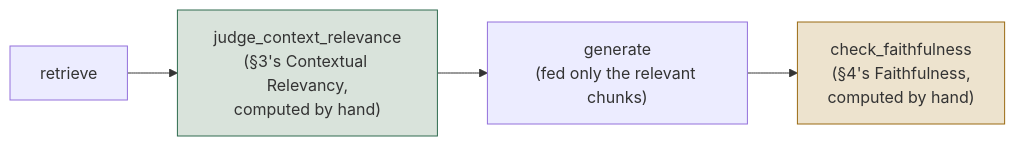
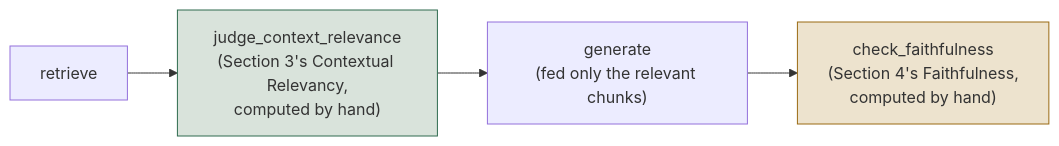
Before and after one commit to Sourav692/Agent_Evaluation_Demystified: the fifth of 6 diagrams in docs/roadmap-explainers/01-rag-retrieval-and-generation.md, drawn with Mermaid. The commit also changed other lines of this file and 1 other file, not shown here.

````diff
--- a/docs/roadmap-explainers/01-rag-retrieval-and-generation.md
+++ b/docs/roadmap-explainers/01-rag-retrieval-and-generation.md
@@ -510,9 +510,9 @@
 ```mermaid
 flowchart LR
-    RET["retrieve"] --> JCR["judge_context_relevance<br/>(§3's Contextual Relevancy,<br/>computed by hand)"]
+    RET["retrieve"] --> JCR["judge_context_relevance<br/>(Section 3's Contextual Relevancy,<br/>computed by hand)"]
     JCR --> GEN["generate<br/>(fed only the relevant chunks)"]
-    GEN --> CF["check_faithfulness<br/>(§4's Faithfulness,<br/>computed by hand)"]
+    GEN --> CF["check_faithfulness<br/>(Section 4's Faithfulness,<br/>computed by hand)"]
 
     style JCR fill:#D9E3DB,stroke:#2F6B4F
     style CF fill:#EDE3CE,stroke:#9A6A12
 ```
````
